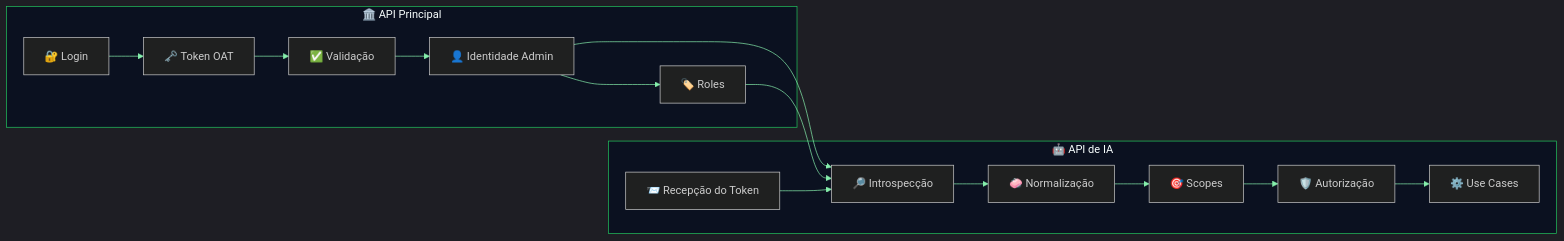
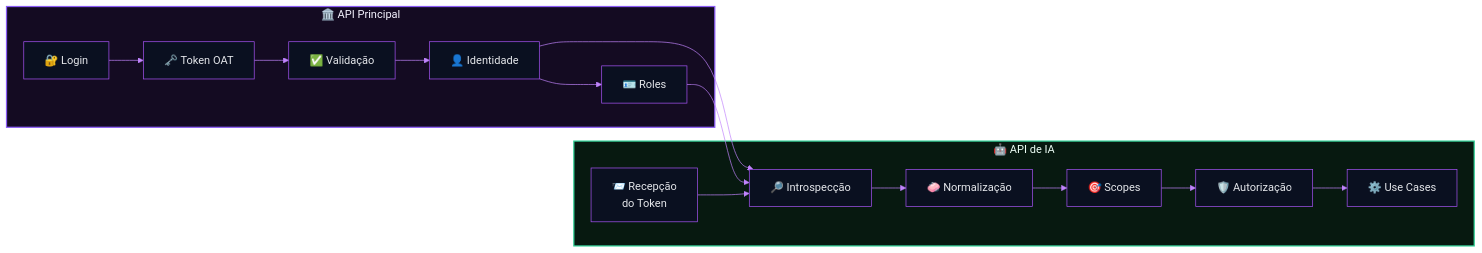
The third of 10 diagrams in RFC-0001-Auth.md (matheusdiamantino-betalent/IA), drawn with Mermaid before and after one commit. The commit also changed other lines of this file, not shown here.

````diff
--- a/RFC-0001-Auth.md
+++ b/RFC-0001-Auth.md
@@ -391,37 +378,39 @@
 ```mermaid
-%%{init: {'theme':'dark','themeVariables': {
+%%{init: {'theme':'base','themeVariables': {
   'background':'#020617',
-  'primaryColor':'#0f172a',
-  'primaryTextColor':'#e2e8f0',
-  'primaryBorderColor':'#4ade80',
-  'lineColor':'#86efac',
-  'secondaryColor':'#111827',
-  'tertiaryColor':'#1e293b',
-  'clusterBkg':'#0b1120',
-  'clusterBorder':'#22c55e',
-  'fontFamily':'Inter, Segoe UI, Arial',
-  'fontSize':'16px'
+  'primaryColor':'#0a1020',
+  'primaryTextColor':'#e5e7eb',
+  'primaryBorderColor':'#a855f7',
+  'lineColor':'#c084fc',
+  'secondaryColor':'#0b1220',
+  'tertiaryColor':'#111827',
+  'clusterBkg':'#050816',
+  'clusterBorder':'#22d3ee',
+  'fontFamily':'Inter, Segoe UI, Arial'
 }}}%%
 flowchart LR
     subgraph MAIN["🏛️ API Principal"]
         M1["🔐 Login"]
         M2["🗝️ Token OAT"]
         M3["✅ Validação"]
-        M4["👤 Identidade Admin"]
-        M5["🏷️ Roles"]
+        M4["👤 Identidade"]
+        M5["🪪 Roles"]
     end
 
     subgraph AI["🤖 API de IA"]
-        A1["📨 Recepção do Token"]
+        A1["📨 Recepção<br/>do Token"]
         A2["🔎 Introspecção"]
         A3["🧼 Normalização"]
         A4["🎯 Scopes"]
         A5["🛡️ Autorização"]
         A6["⚙️ Use Cases"]
     end
 
     M1 --> M2 --> M3 --> M4 --> M5
     M4 --> A2
     M5 --> A2
     A1 --> A2 --> A3 --> A4 --> A5 --> A6
+
+    style MAIN fill:#140b22,stroke:#8b5cf6,stroke-width:1.8px,color:#f5f3ff
+    style AI fill:#071910,stroke:#34d399,stroke-width:1.8px,color:#ecfdf5
 ```
````
